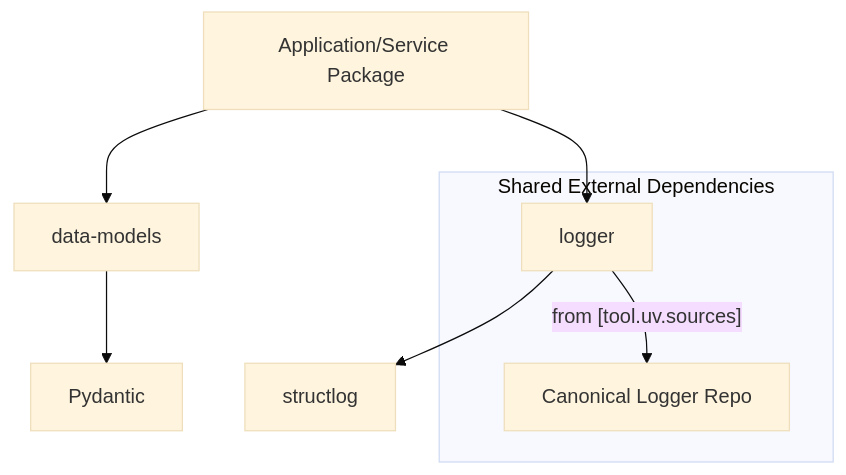
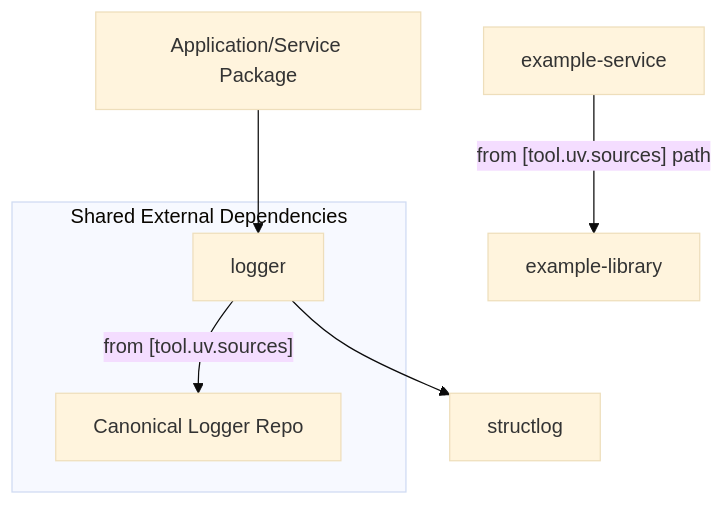
The diagram in openwiki/architecture/overview.md (konrad-woj/project-template), drawn with Mermaid (base theme) before and after one commit. The commit also changed other lines of this file and 73 other files, not shown here.

````diff
--- a/openwiki/architecture/overview.md
+++ b/openwiki/architecture/overview.md
@@ -27,10 +27,9 @@
 ```mermaid
 graph TD
-    A[Application/Service Package] --> B[data-models]
-    A --> C[logger]
-    B --> D[Pydantic]
+    A[Application/Service Package] --> C[logger]
     C --> E[structlog]
     subgraph Shared External Dependencies
         C -- from [tool.uv.sources] --> F[Canonical Logger Repo]
     end
+    G[example-service] -- from [tool.uv.sources] path --> H[example-library]
 ```
````
